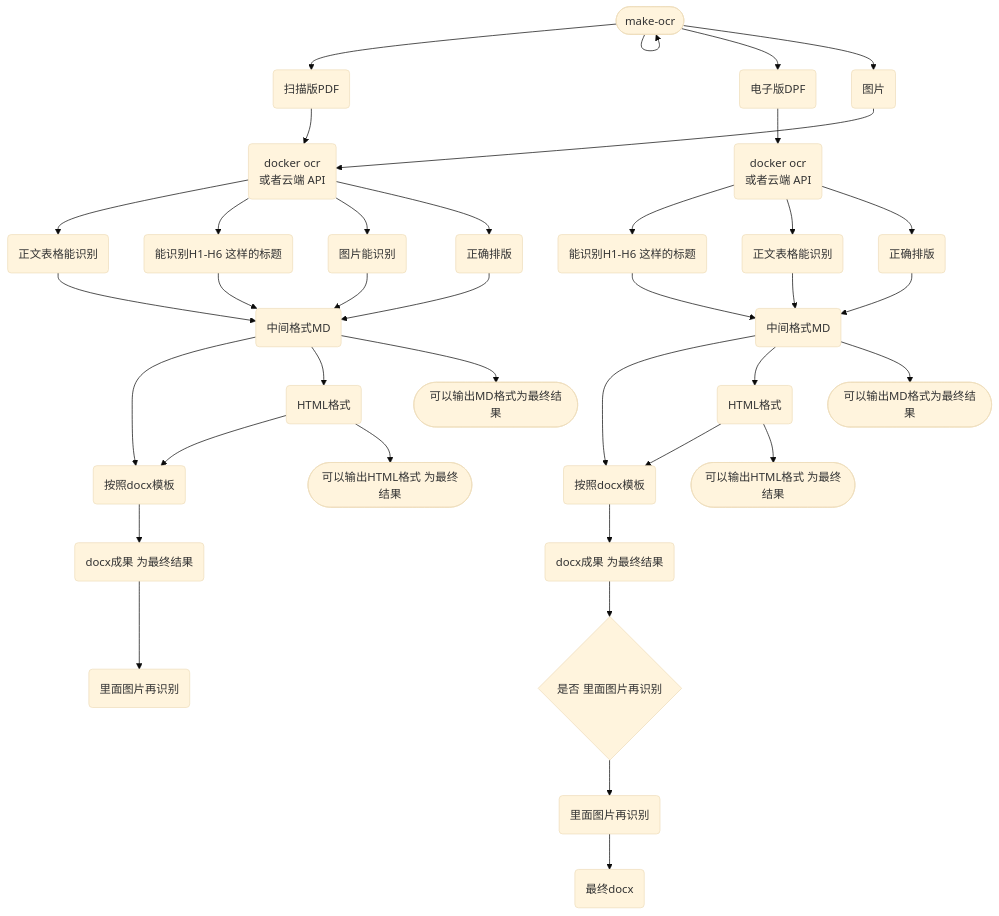
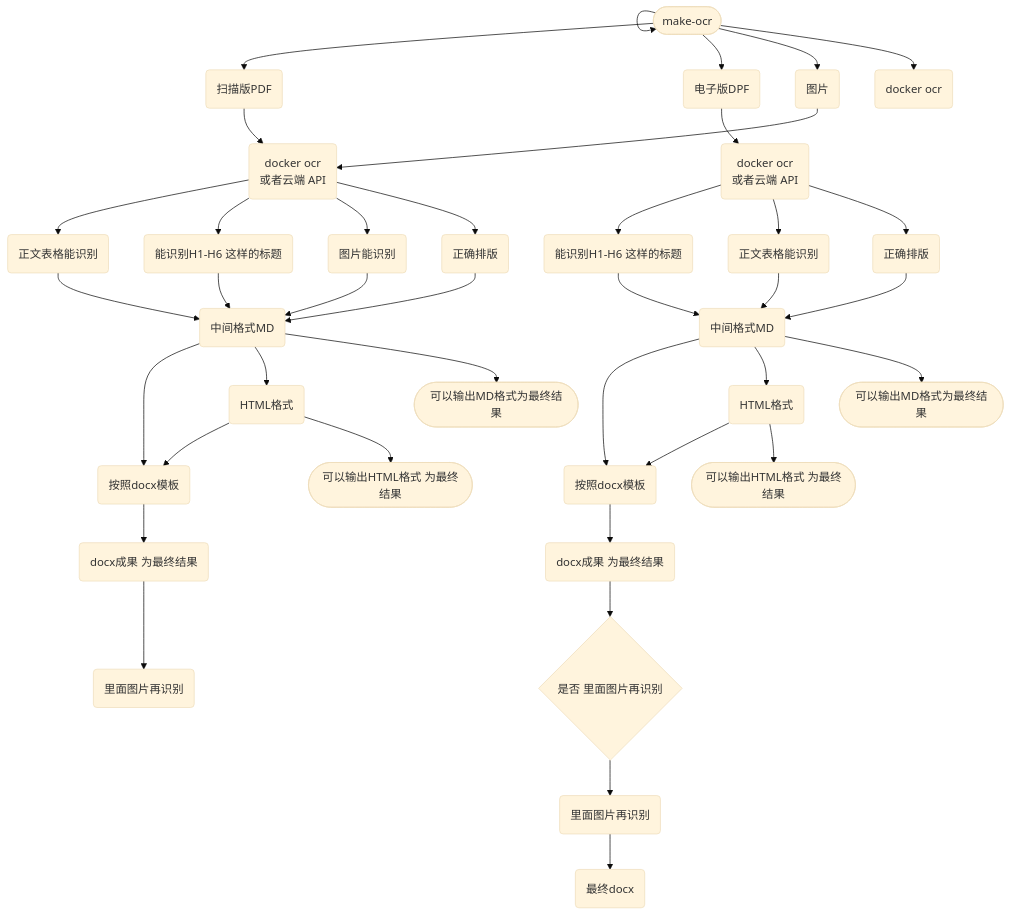
One commit to fireflysss/mermaid-notes changed the diagram in notes/未命名_da3b1e9d-46b8-4fe8-a207-538027b2306b.md. Above: the diagram before and after it, drawn with Mermaid (base theme). The commit also changed 3 other files, not shown here.

Commit message:
Sync Mermaid Studio data (14 diagrams)

````diff
--- a/notes/未命名_da3b1e9d-46b8-4fe8-a207-538027b2306b.md
+++ b/notes/未命名_da3b1e9d-46b8-4fe8-a207-538027b2306b.md
@@ -3,70 +3,72 @@
 ```mermaid
 flowchart TD
   n_0(["make-ocr"])
   n_1("扫描版PDF")
   n_2("电子版DPF")
   n_3("docker ocr<br/>或者云端 API")
   n_4("图片")
   n_5("能识别H1-H6 这样的标题")
   n_6("正文表格能识别")
   n_7("图片能识别")
   n_8("按照docx模板")
   n_9("里面图片再识别")
   n_10("docx成果 为最终结果")
   n_11("中间格式MD")
   n_12("HTML格式")
   n_13("docker ocr<br/>或者云端 API")
   n_14("能识别H1-H6 这样的标题")
   n_15("正文表格能识别")
   n_16("按照docx模板")
   n_17("docx成果 为最终结果")
   n_18("中间格式MD")
   n_19("HTML格式")
   n_20("最终docx")
   n_21("里面图片再识别")
   n_22{"是否 里面图片再识别"}
   n_23("正确排版")
   n_24("正确排版")
   n_25(["可以输出MD格式为最终结果"])
   n_26(["可以输出MD格式为最终结果"])
   n_27(["可以输出HTML格式 为最终结果"])
   n_28(["可以输出HTML格式 为最终结果"])
+  n_29("docker ocr")
   n_0 --> n_0
   n_0 --> n_1
   n_0 --> n_2
   n_0 --> n_4
   n_11 --> n_8
   n_11 --> n_12
   n_12 --> n_8
   n_8 --> n_10
   n_10 --> n_9
   n_18 --> n_16
   n_18 --> n_19
   n_19 --> n_16
   n_16 --> n_17
   n_4 --> n_3
   n_1 --> n_3
   n_2 --> n_13
   n_13 --> n_14
   n_13 --> n_15
   n_15 --> n_18
   n_14 --> n_18
   n_7 --> n_11
   n_6 --> n_11
   n_5 --> n_11
   n_3 --> n_6
   n_21 --> n_20
   n_17 --> n_22
   n_22 --> n_21
   n_3 --> n_5
   n_3 --> n_7
   n_3 --> n_23
   n_23 --> n_11
   n_13 --> n_24
   n_24 --> n_18
   n_11 --> n_25
   n_18 --> n_26
   n_12 --> n_27
   n_19 --> n_28
+  n_0 --> n_29
 
 ```
````
